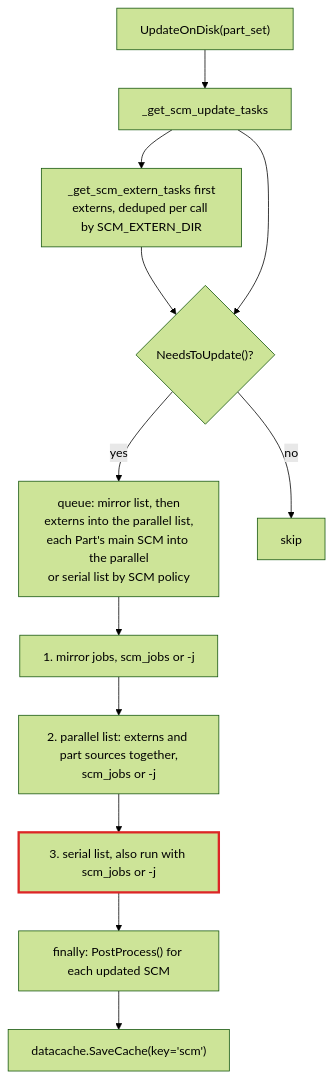
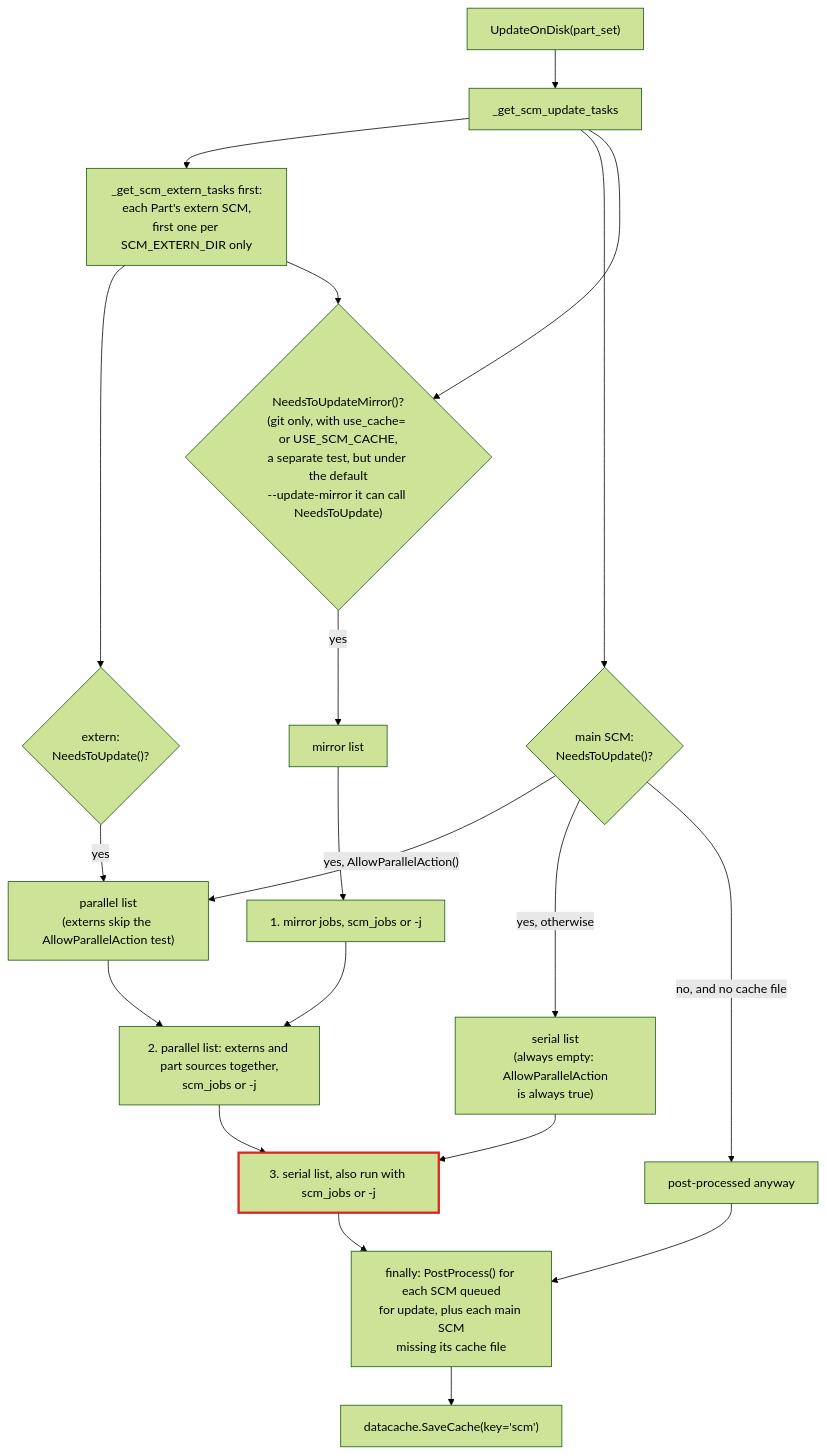
Before and after one commit to sconsparts/parts: the first of 3 diagrams in doc/architecture/05-scm.md, drawn with Mermaid (forest theme). The commit also changed other lines of this file and 8 other files, not shown here.

First line of the commit message:
Correct the architecture maps after an order-and-attribution review

````diff
--- a/doc/architecture/05-scm.md
+++ b/doc/architecture/05-scm.md
@@ -7,15 +7,23 @@
 ```mermaid
 flowchart TD
     A["UpdateOnDisk(part_set)"] --> C["_get_scm_update_tasks"]
-    C --> B["_get_scm_extern_tasks first<br/>externs, deduped per call by SCM_EXTERN_DIR"]
-    B --> Q{"NeedsToUpdate()?"}
-    C --> Q
-    Q -->|"yes"| L["queue: mirror list, then<br/>externs into the parallel list,<br/>each Part's main SCM into the parallel<br/>or serial list by SCM policy"]
-    Q -->|"no"| SKIP["skip"]
-    L --> R1["1. mirror jobs, scm_jobs or -j"]
+    C --> B["_get_scm_extern_tasks first:<br/>each Part's extern SCM,<br/>first one per SCM_EXTERN_DIR only"]
+    B --> QE{"extern:<br/>NeedsToUpdate()?"}
+    QE -->|"yes"| PL["parallel list<br/>(externs skip the AllowParallelAction test)"]
+    C --> QP{"main SCM:<br/>NeedsToUpdate()?"}
+    QP -->|"yes, AllowParallelAction()"| PL
+    QP -->|"yes, otherwise"| SL["serial list<br/>(always empty: AllowParallelAction<br/>is always true)"]
+    QP -->|"no, and no cache file"| PPO["post-processed anyway"]
+    B --> MQ{"NeedsToUpdateMirror()?<br/>(git only, with use_cache= or USE_SCM_CACHE,<br/>a separate test, but under the default<br/>--update-mirror it can call NeedsToUpdate)"}
+    C --> MQ
+    MQ -->|"yes"| ML["mirror list"]
+    ML --> R1["1. mirror jobs, scm_jobs or -j"]
+    PL --> R2
+    SL --> R3
     R1 --> R2["2. parallel list: externs and part sources together,<br/>scm_jobs or -j"]
     R2 --> R3["3. serial list, also run with scm_jobs or -j"]:::hot
-    R3 --> PP["finally: PostProcess() for each updated SCM"]
+    R3 --> PP["finally: PostProcess() for each SCM queued<br/>for update, plus each main SCM<br/>missing its cache file"]
+    PPO --> PP
     PP --> SC["datacache.SaveCache(key='scm')"]
     classDef hot stroke:#dc2626,stroke-width:3px
 ```
````
